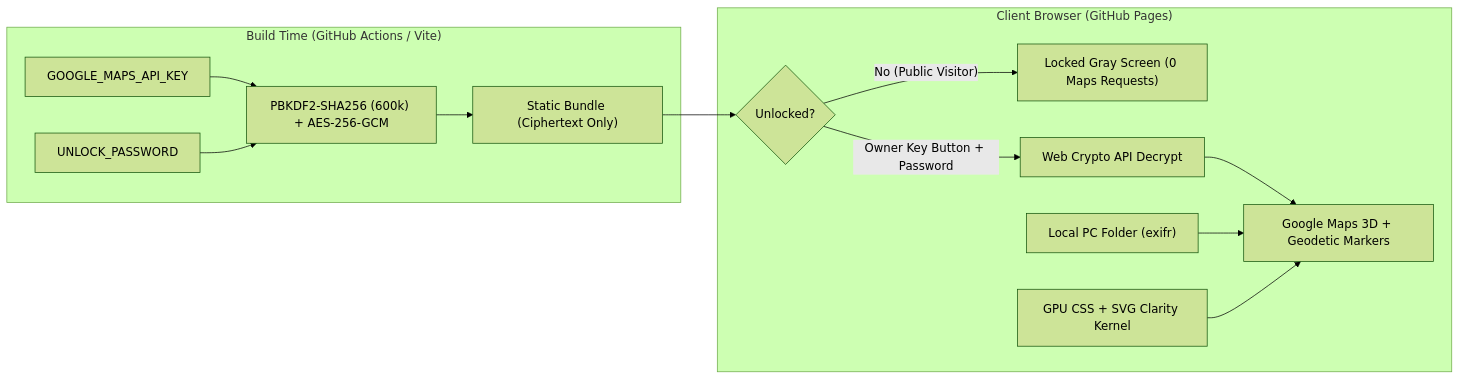
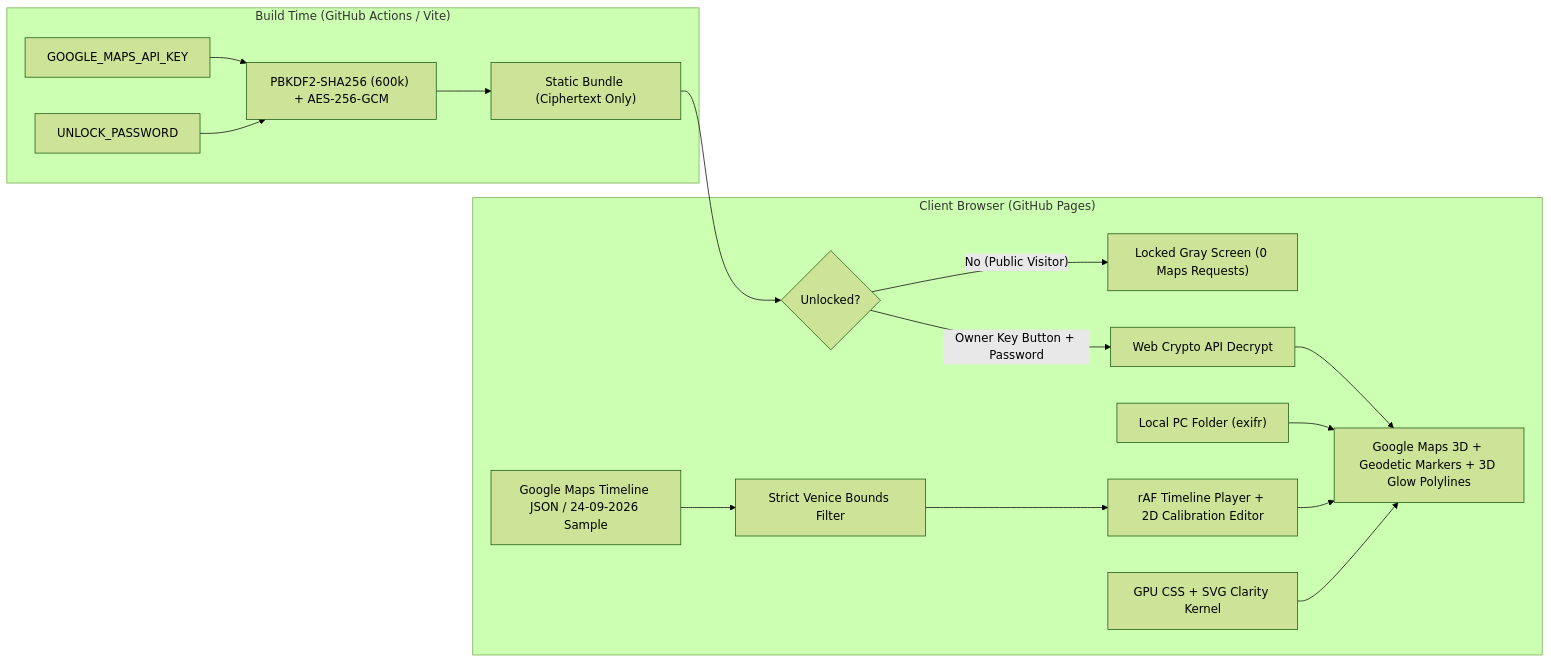
The diagram in README.md (talmalek/VeniceMap), drawn with Mermaid (forest theme) before and after one commit. The commit also changed other lines of this file and 34 other files, not shown here.

Commit message:
feat: add 3D glowing route timeline, 2D calibration editor, 24/09/2026 sample route, SDR, Graphify & docs

````diff
--- a/README.md
+++ b/README.md
@@ -70,17 +119,20 @@
 ```mermaid
 flowchart LR
     subgraph CI ["Build Time (GitHub Actions / Vite)"]
         S1["GOOGLE_MAPS_API_KEY"] --> ENC["PBKDF2-SHA256 (600k) + AES-256-GCM"]
         S2["UNLOCK_PASSWORD"] --> ENC
         ENC --> BUNDLE["Static Bundle (Ciphertext Only)"]
     end
 
     subgraph BROWSER ["Client Browser (GitHub Pages)"]
         BUNDLE --> GATE{"Unlocked?"}
         GATE -- "No (Public Visitor)" --> GRAY["Locked Gray Screen (0 Maps Requests)"]
         GATE -- "Owner Key Button + Password" --> DEC["Web Crypto API Decrypt"]
-        DEC --> MAP["Google Maps 3D + Geodetic Markers"]
+        DEC --> MAP["Google Maps 3D + Geodetic Markers + 3D Glow Polylines"]
         EXIF["Local PC Folder (exifr)"] --> MAP
+        ROUTE["Google Maps Timeline JSON / 24-09-2026 Sample"] --> FILTER["Strict Venice Bounds Filter"]
+        FILTER --> PLAY["rAF Timeline Player + 2D Calibration Editor"]
+        PLAY --> MAP
         GRADE["GPU CSS + SVG Clarity Kernel"] --> MAP
     end
 ```
````
